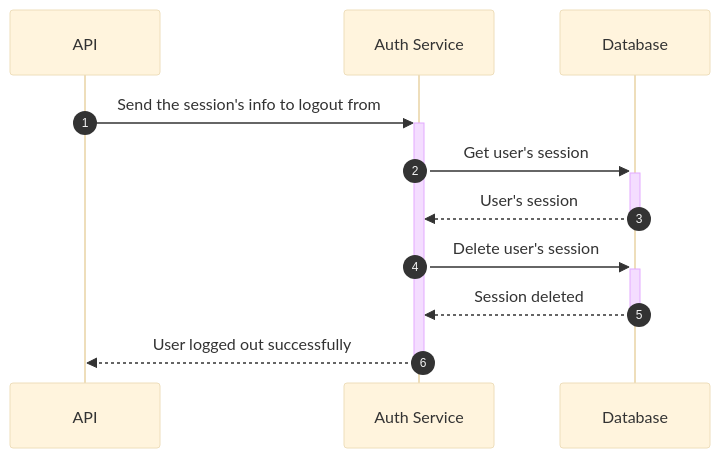
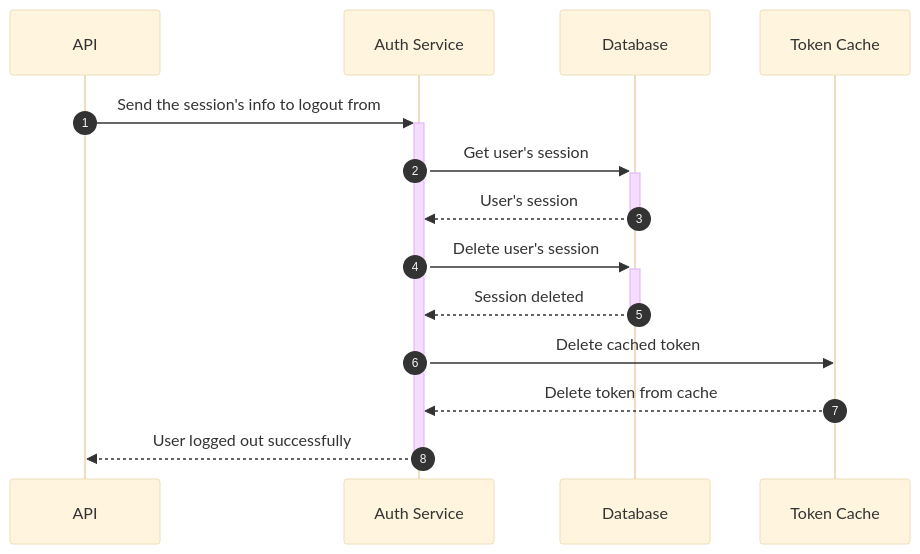
One commit to escalopa/fingo changed the third of 5 diagrams in auth/README.md. Above: the diagram before and after it, drawn with Mermaid (base theme). The commit also changed other lines of this file and 7 other files, not shown here.

````diff
--- a/auth/README.md
+++ b/auth/README.md
@@ -61,10 +68,12 @@
 ```mermaid
 sequenceDiagram
     autonumber
     API->>+Auth Service: Send the session's info to logout from
     Auth Service->>+Database: Get user's session
     Database-->>-Auth Service: User's session
     Auth Service->>+Database: Delete user's session
     Database-->>-Auth Service: Session deleted
+    Auth Service->>Token Cache: Delete cached token
+    Token Cache-->>Auth Service: Delete token from cache
     Auth Service-->>-API: User logged out successfully
 ```
````
